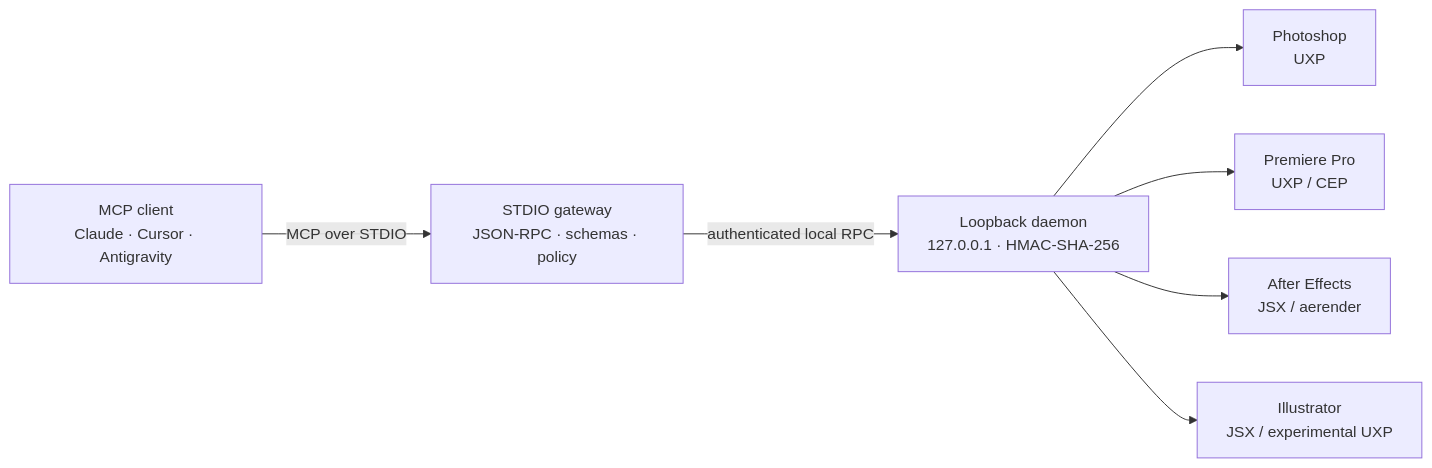
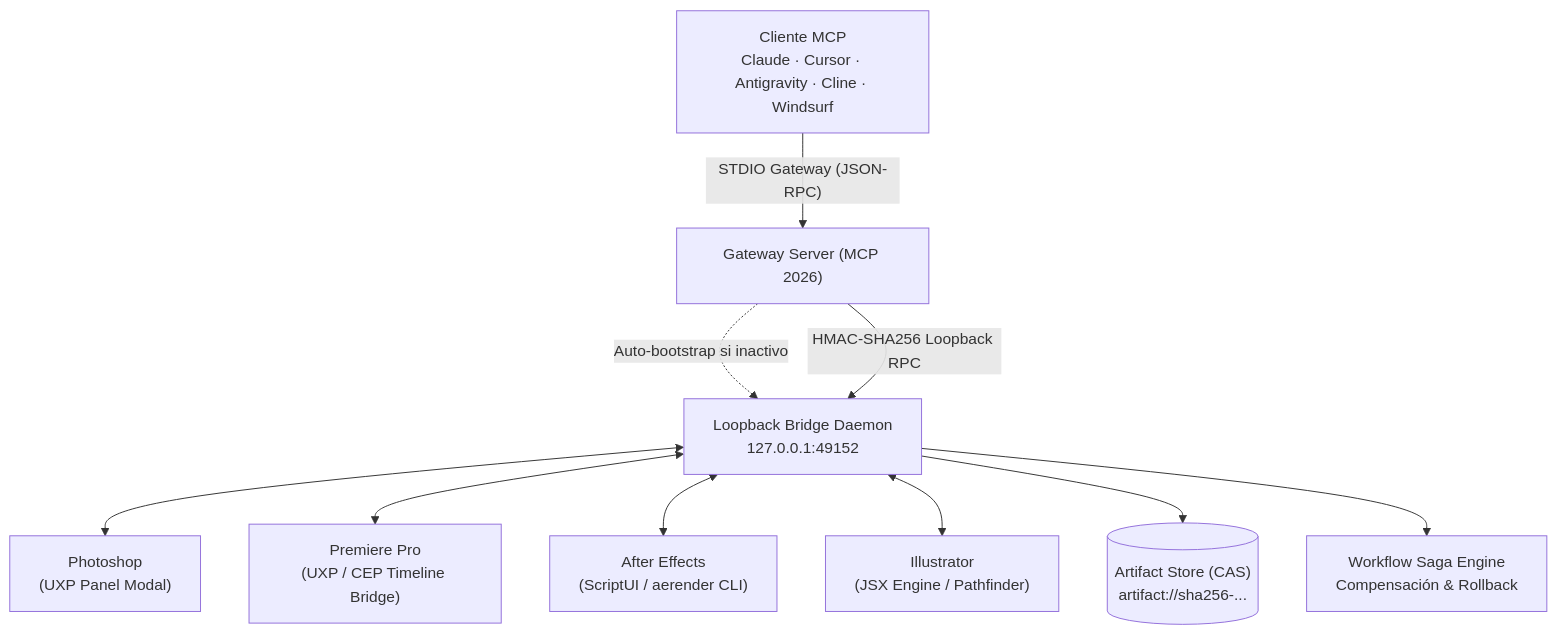
One commit to hyukudan/kirei-adobe-mcp changed the diagram in README.md. Above: the diagram before and after it, drawn with Mermaid. The commit also changed other lines of this file and 12 other files, not shown here.

````diff
--- a/README.md
+++ b/README.md
@@ -88,17 +137,14 @@
 ```mermaid
-flowchart LR
-  Client["MCP client<br/>Claude · Cursor · Antigravity"]
-  Gateway["STDIO gateway<br/>JSON-RPC · schemas · policy"]
-  Daemon["Loopback daemon<br/>127.0.0.1 · HMAC-SHA-256"]
-  PS["Photoshop<br/>UXP"]
-  PR["Premiere Pro<br/>UXP / CEP"]
-  AE["After Effects<br/>JSX / aerender"]
-  AI["Illustrator<br/>JSX / experimental UXP"]
-
-  Client -->|"MCP over STDIO"| Gateway
-  Gateway -->|"authenticated local RPC"| Daemon
-  Daemon --> PS
-  Daemon --> PR
-  Daemon --> AE
-  Daemon --> AI
+flowchart TD
+  Client["Cliente MCP<br/>Claude · Cursor · Antigravity · Cline · Windsurf"] -->|"STDIO Gateway (JSON-RPC)"| Gateway["Gateway Server (MCP 2026)"]
+  Gateway -.->|"Auto-bootstrap si inactivo"| Daemon
+  Gateway -->|"HMAC-SHA256 Loopback RPC"| Daemon["Loopback Bridge Daemon<br/>127.0.0.1:49152"]
+  
+  Daemon <--> PS["Photoshop<br/>(UXP Panel Modal)"]
+  Daemon <--> PR["Premiere Pro<br/>(UXP / CEP Timeline Bridge)"]
+  Daemon <--> AE["After Effects<br/>(ScriptUI / aerender CLI)"]
+  Daemon <--> AI["Illustrator<br/>(JSX Engine / Pathfinder)"]
+  
+  Daemon --> CAS[("Artifact Store (CAS)<br/>artifact://sha256-...")]
+  Daemon --> Sagas["Workflow Saga Engine<br/>Compensación & Rollback"]
 ```
````
